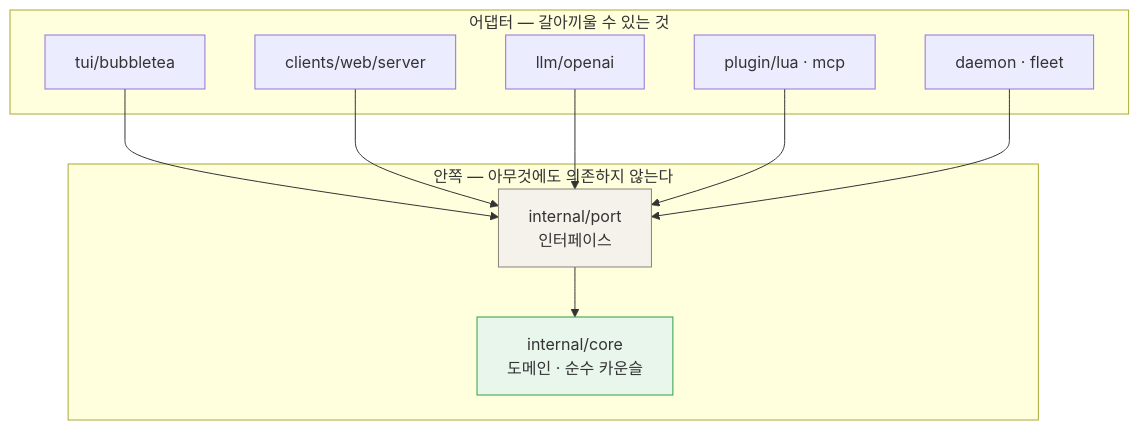
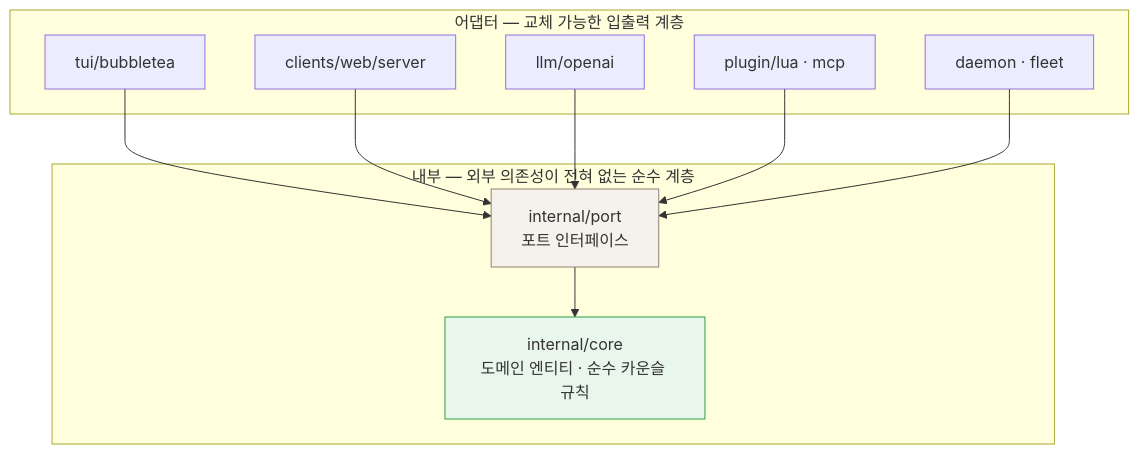
One commit to sayaya1090/magi changed the fifth of 5 diagrams in README.ko.md. Above: the diagram before and after it, drawn with Mermaid. The commit also changed other lines of this file and 6 other files, not shown here.

````diff
--- a/README.ko.md
+++ b/README.ko.md
@@ -477,23 +309,23 @@
 ```mermaid
 flowchart TD
-    subgraph adapters [어댑터 — 갈아끼울 수 있는 것]
+    subgraph adapters [어댑터 — 교체 가능한 입출력 계층]
         TUI[tui/bubbletea]
         WEB[clients/web/server]
         LLM[llm/openai]
         LUA[plugin/lua · mcp]
         DMN[daemon · fleet]
     end
-    subgraph inside [안쪽 — 아무것에도 의존하지 않는다]
-        PORT[internal/port<br/>인터페이스]
-        CORE[internal/core<br/>도메인 · 순수 카운슬]
+    subgraph inside [내부 — 외부 의존성이 전혀 없는 순수 계층]
+        PORT[internal/port<br/>포트 인터페이스]
+        CORE[internal/core<br/>도메인 엔티티 · 순수 카운슬 규칙]
     end
     TUI --> PORT
     WEB --> PORT
     LLM --> PORT
     LUA --> PORT
     DMN --> PORT
     PORT --> CORE
 
     style CORE fill:#e8f6ec,stroke:#2f9e44
     style PORT fill:#f5f2ec,stroke:#8a8178
 ```
````
